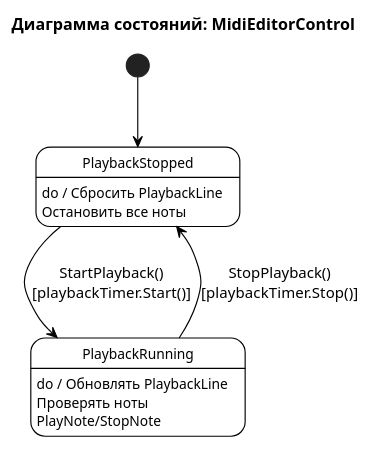
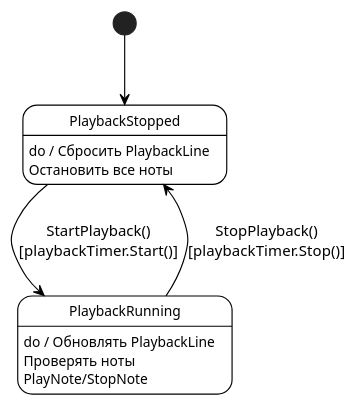
Before and after one commit to alex-pyslar/dream-synth: the diagram in docs/MidiEditor/state.puml, drawn with PlantUML. The commit also changed 26 other files, not shown here.

Commit message:
Редактирование блок схем

```diff
--- a/docs/MidiEditor/state.puml
+++ b/docs/MidiEditor/state.puml
@@ -1,24 +1,22 @@
 @startuml StateDiagramMidiEditor
 
 skinparam monochrome true
 skinparam shadowing false
 skinparam stateFontSize 12
 skinparam stateFontName Arial
 skinparam stateBorderThickness 1
 skinparam stateBackgroundColor none
 skinparam stateBorderColor black
 skinparam stateCornerRadius 0
 skinparam defaultCornerRadius 0
 skinparam ArrowColor black
 skinparam style strictuml
 
-title Диаграмма состояний: MidiEditorControl
-
 [*] --> PlaybackStopped
 
 PlaybackStopped --> PlaybackRunning : StartPlayback()\n[playbackTimer.Start()]
 PlaybackRunning --> PlaybackStopped : StopPlayback()\n[playbackTimer.Stop()]
 PlaybackRunning : do / Обновлять PlaybackLine\nПроверять ноты\nPlayNote/StopNote
 PlaybackStopped : do / Сбросить PlaybackLine\nОстановить все ноты
 
 @enduml
```
